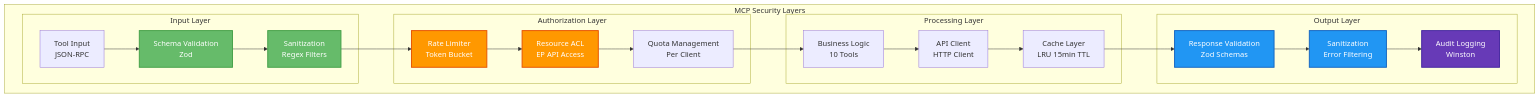
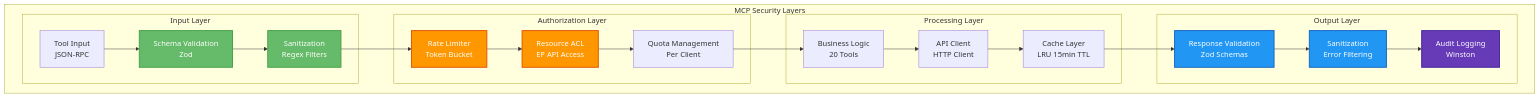
Before and after one commit to Hack23/European-Parliament-MCP-Server: diagram 23 of 27 in docs/api/media/SECURITY_ARCHITECTURE.md, drawn with Mermaid. The commit also changed other lines of this file and 294 other files, not shown here.

````diff
--- a/docs/api/media/SECURITY_ARCHITECTURE.md
+++ b/docs/api/media/SECURITY_ARCHITECTURE.md
@@ -2847,48 +2847,48 @@
 ```mermaid
 graph TB
     subgraph "MCP Security Layers"
         subgraph "Input Layer"
             I1[Tool Input<br/>JSON-RPC]
             I2[Schema Validation<br/>Zod]
             I3[Sanitization<br/>Regex Filters]
         end
         
         subgraph "Authorization Layer"
             A1[Rate Limiter<br/>Token Bucket]
             A2[Resource ACL<br/>EP API Access]
             A3[Quota Management<br/>Per Client]
         end
         
         subgraph "Processing Layer"
-            P1[Business Logic<br/>10 Tools]
+            P1[Business Logic<br/>20 Tools]
             P2[API Client<br/>HTTP Client]
             P3[Cache Layer<br/>LRU 15min TTL]
         end
         
         subgraph "Output Layer"
             O1[Response Validation<br/>Zod Schemas]
             O2[Sanitization<br/>Error Filtering]
             O3[Audit Logging<br/>Winston]
         end
     end
     
     I1 --> I2
     I2 --> I3
     I3 --> A1
     A1 --> A2
     A2 --> A3
     A3 --> P1
     P1 --> P2
     P2 --> P3
     P3 --> O1
     O1 --> O2
     O2 --> O3
     
     style I2 fill:#66BB6A,stroke:#43A047,stroke-width:2px,color:white
     style I3 fill:#66BB6A,stroke:#43A047,stroke-width:2px,color:white
     style A1 fill:#FF9800,stroke:#E65100,stroke-width:2px,color:white
     style A2 fill:#FF9800,stroke:#E65100,stroke-width:2px,color:white
     style O1 fill:#2196F3,stroke:#1565C0,stroke-width:2px,color:white
     style O2 fill:#2196F3,stroke:#1565C0,stroke-width:2px,color:white
     style O3 fill:#673AB7,stroke:#4527A0,stroke-width:2px,color:white
 ```
````
